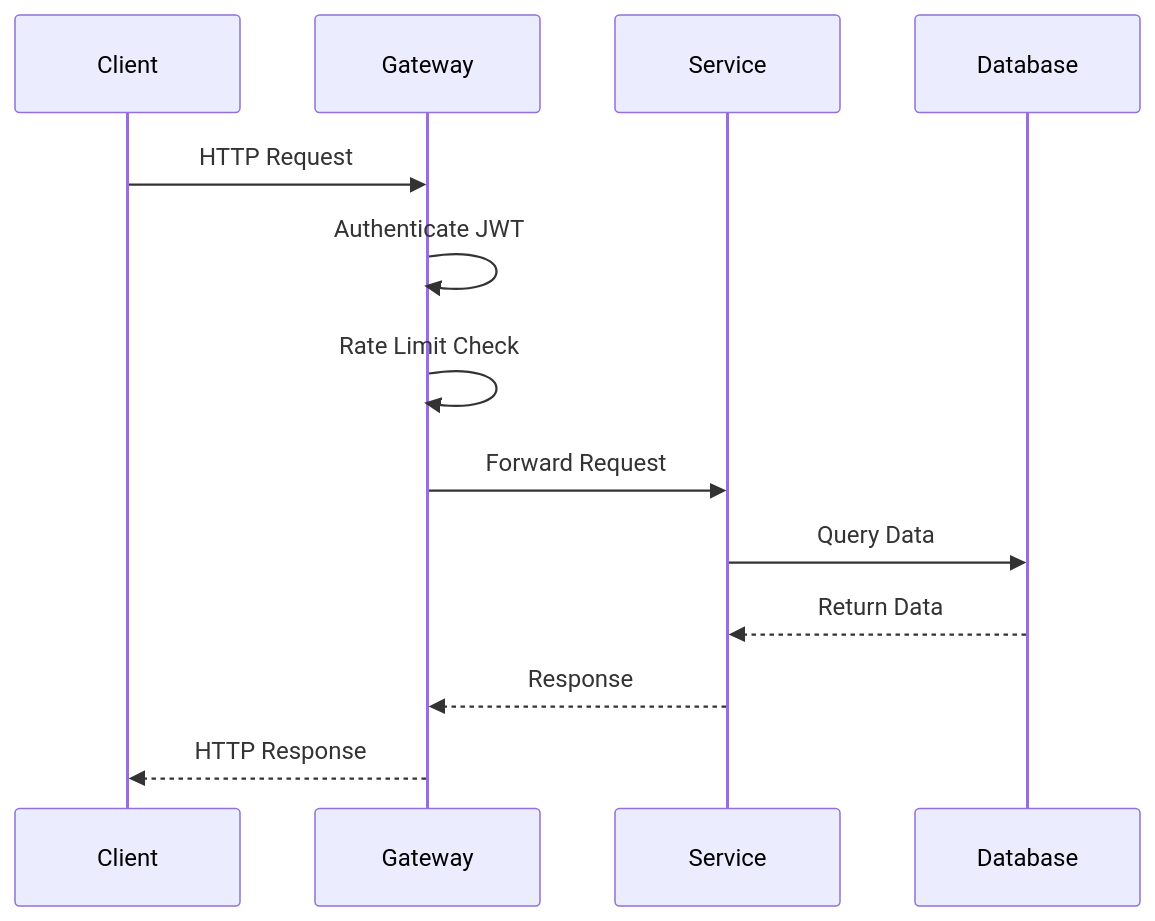
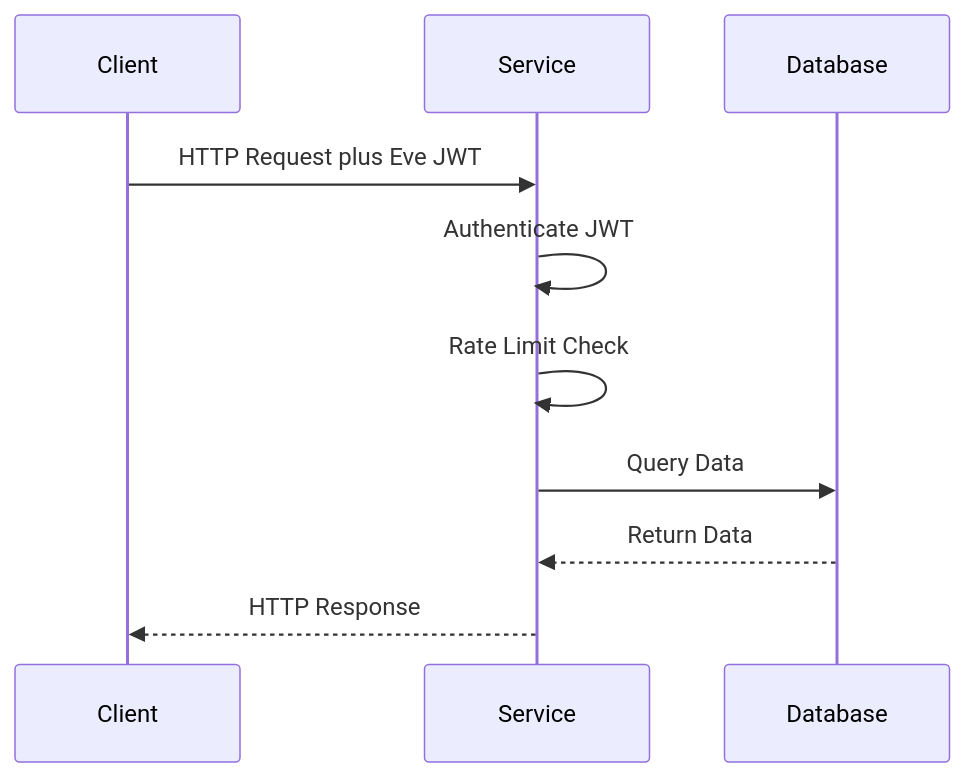
Before and after one commit to 13x54n/Eve: the fourth of 11 diagrams in ARCHITECTURE.md, drawn with Mermaid. The commit also changed other lines of this file and 54 other files, not shown here.

````diff
--- a/ARCHITECTURE.md
+++ b/ARCHITECTURE.md
@@ -357,16 +357,13 @@
 ```mermaid
 sequenceDiagram
     participant Client
-    participant Gateway
     participant Service
     participant Database
 
-    Client->>Gateway: HTTP Request
-    Gateway->>Gateway: Authenticate JWT
-    Gateway->>Gateway: Rate Limit Check
-    Gateway->>Service: Forward Request
+    Client->>Service: HTTP Request plus Eve JWT
+    Service->>Service: Authenticate JWT
+    Service->>Service: Rate Limit Check
     Service->>Database: Query Data
     Database-->>Service: Return Data
-    Service-->>Gateway: Response
-    Gateway-->>Client: HTTP Response
+    Service-->>Client: HTTP Response
 ```
````
